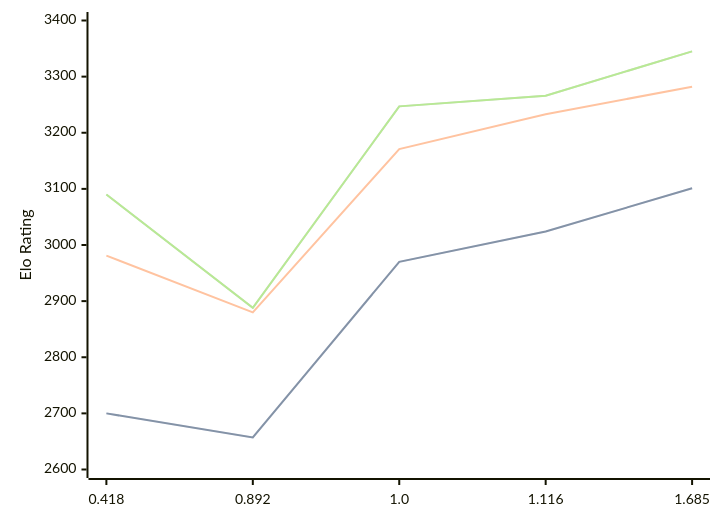
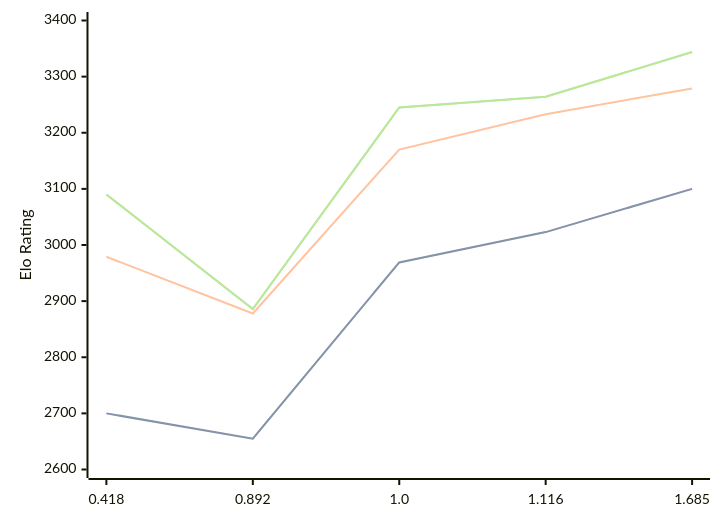
The diagram in engines/Malika.md (computer-chess-index/cci), drawn with Mermaid before and after one commit. The commit also changed other lines of this file, not shown here.

Commit message:
Update CCI Ratings (ELO VLTC) - 2026-08-04

````diff
--- a/engines/Malika.md
+++ b/engines/Malika.md
@@ -35,11 +35,11 @@
 ```mermaid
 %%{init: {"theme":"base","themeVariables":{"seriesColors:['#a3a3a3','#222221','#faa371']}}}%%
 xychart-beta
   x-axis ["0.418", "0.892", "1.0", "1.116", "1.685"]
   y-axis "Elo Rating" 2600 --> 3400
-  line "STC (8.0+0.08s)" [2700, 2657, 2970, 3024, 3101]
-  line "STC (8.0+0.08s)" [2700, 2657, 2970, 3024, 3101]
-  line "LTC (60.0+0.60s)" [2981, 2880, 3171, 3233, 3282]
-  line "VLTC (2m24s+1.12s)" [3090, 2888, 3247, 3266, 3345]
-  line "VLTC (2m24s+1.12s)" [3090, 2888, 3247, 3266, 3345]
+  line "STC (8.0+0.08s)" [2700, 2655, 2969, 3023, 3100]
+  line "STC (8.0+0.08s)" [2700, 2655, 2969, 3023, 3100]
+  line "LTC (60.0+0.60s)" [2979, 2878, 3170, 3233, 3279]
+  line "VLTC (2m24s+1.12s)" [3090, 2886, 3245, 3264, 3344]
+  line "VLTC (2m24s+1.12s)" [3090, 2886, 3245, 3264, 3344]
 ```
````
